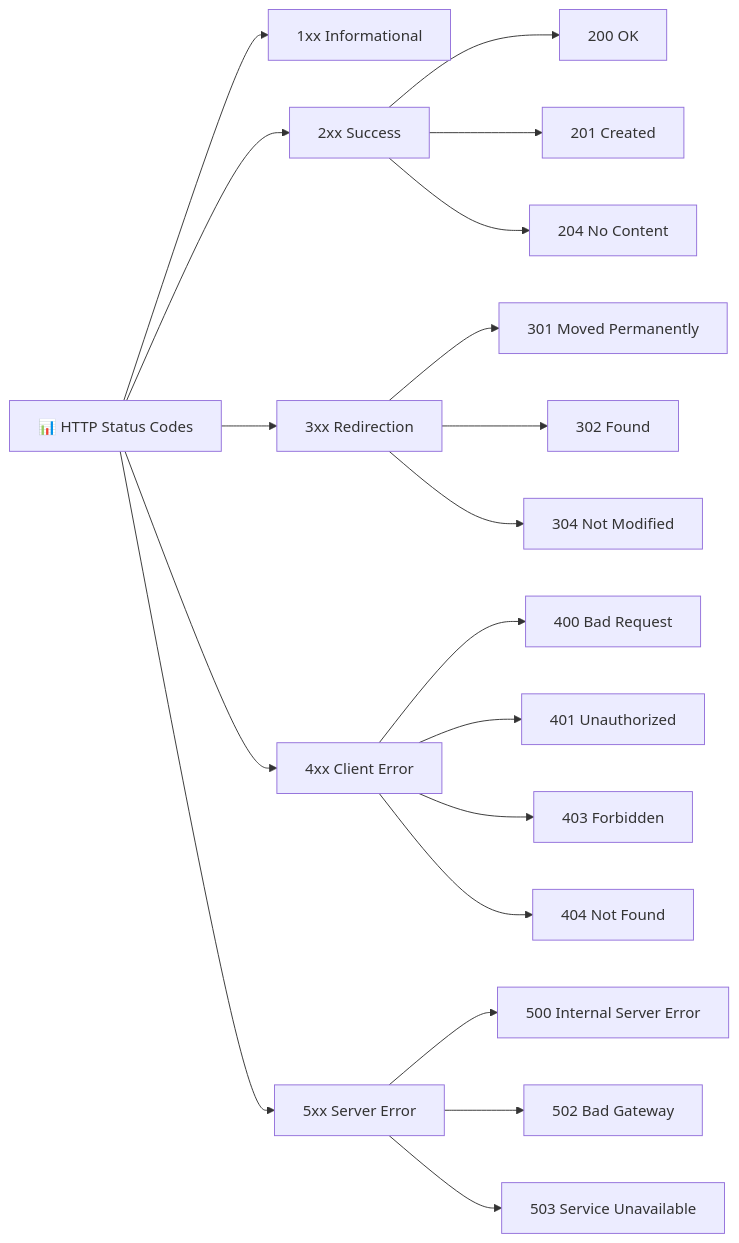
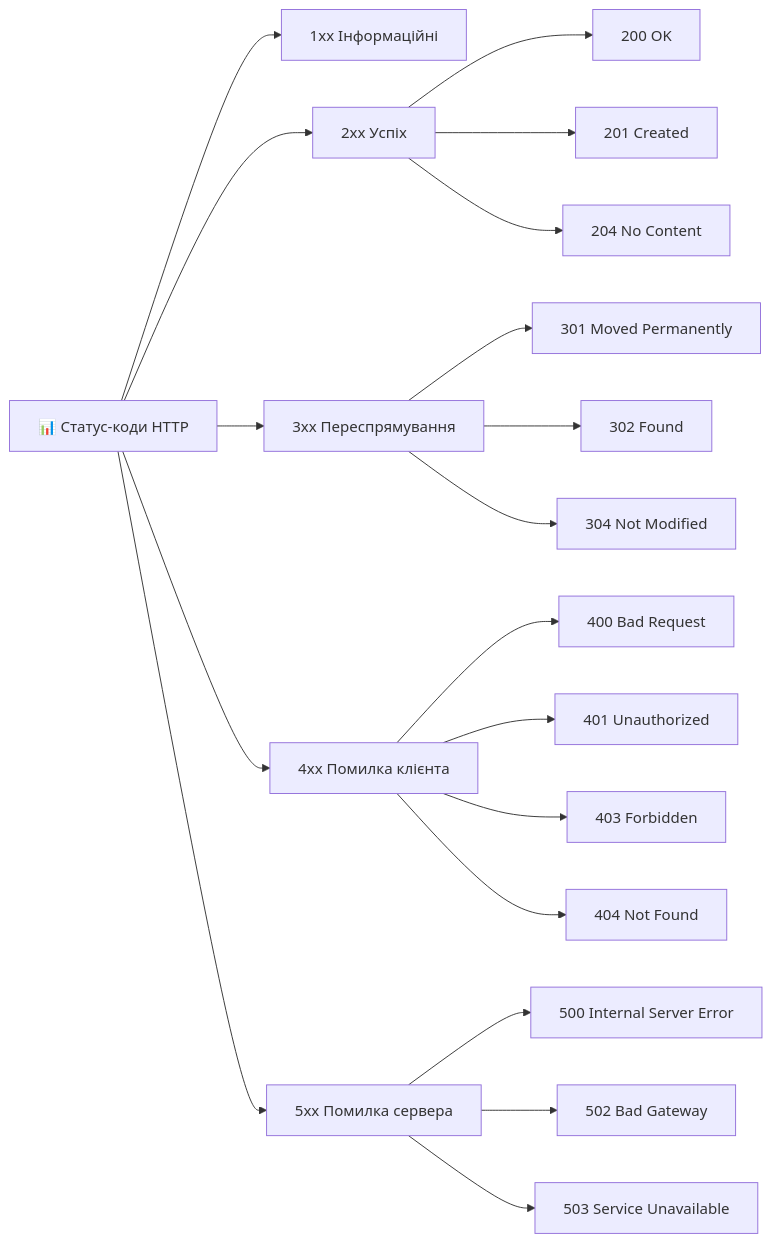
One commit to olroi421/course-web changed the sixth of 19 diagrams in lectures/lecture-01.md. Above: the diagram before and after it, drawn with Mermaid. The commit also changed other lines of this file and 4 other files, not shown here.

````diff
--- a/lectures/lecture-01.md
+++ b/lectures/lecture-01.md
@@ -324,25 +360,25 @@
 ```mermaid
 graph LR
-    A[📊 HTTP Status Codes] --> B[1xx Informational]
-    A --> C[2xx Success]
-    A --> D[3xx Redirection]
-    A --> E[4xx Client Error]
-    A --> F[5xx Server Error]
+    A[📊 Статус-коди HTTP] --> B[1xx Інформаційні]
+    A --> C[2xx Успіх]
+    A --> D[3xx Переспрямування]
+    A --> E[4xx Помилка клієнта]
+    A --> F[5xx Помилка сервера]
 
     C --> C1[200 OK]
     C --> C2[201 Created]
     C --> C3[204 No Content]
 
     D --> D1[301 Moved Permanently]
     D --> D2[302 Found]
     D --> D3[304 Not Modified]
 
     E --> E1[400 Bad Request]
     E --> E2[401 Unauthorized]
     E --> E3[403 Forbidden]
     E --> E4[404 Not Found]
 
     F --> F1[500 Internal Server Error]
     F --> F2[502 Bad Gateway]
     F --> F3[503 Service Unavailable]
 ```
````
